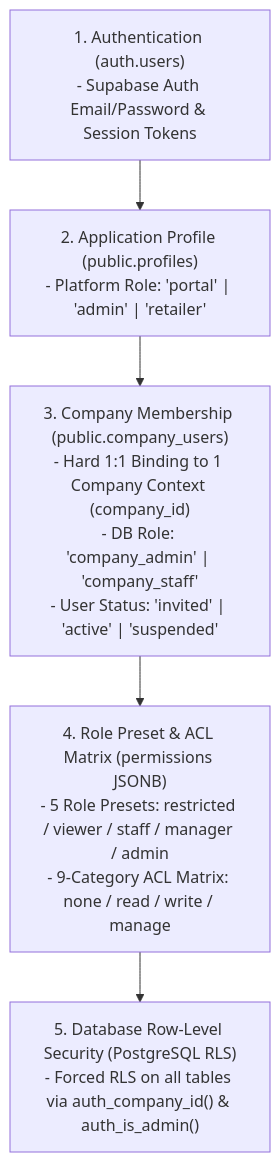
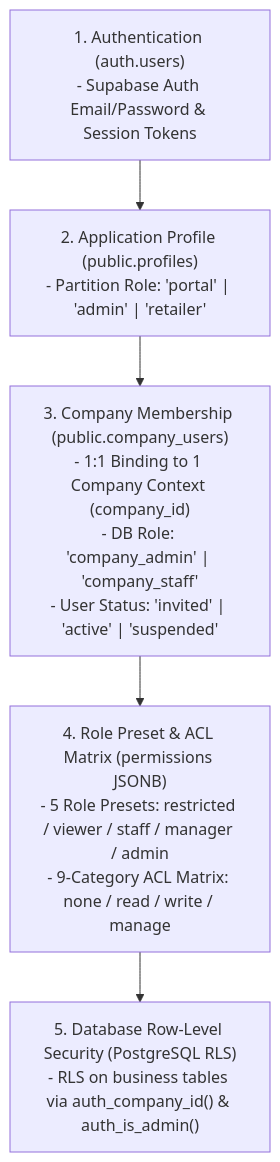
Before and after one commit to chaehahm-Kr/KBGP-Portal: the diagram in Manuals/MAN-B-PERM-001_Permissions-User-Management/01_SOURCE/MAN-B-PERM-001_Source_Collection_Report.md, drawn with Mermaid. The commit also changed other lines of this file and 3 other files, not shown here.

````diff
--- a/Manuals/MAN-B-PERM-001_Permissions-User-Management/01_SOURCE/MAN-B-PERM-001_Source_Collection_Report.md
+++ b/Manuals/MAN-B-PERM-001_Permissions-User-Management/01_SOURCE/MAN-B-PERM-001_Source_Collection_Report.md
@@ -38,7 +38,7 @@
 ```mermaid
 flowchart TD
-    L1["1. Authentication (auth.users)<br/>- Supabase Auth Email/Password & Session Tokens"] --> L2["2. Application Profile (public.profiles)<br/>- Platform Role: 'portal' | 'admin' | 'retailer'"]
-    L2 --> L3["3. Company Membership (public.company_users)<br/>- Hard 1:1 Binding to 1 Company Context (company_id)<br/>- DB Role: 'company_admin' | 'company_staff'<br/>- User Status: 'invited' | 'active' | 'suspended'"]
+    L1["1. Authentication (auth.users)<br/>- Supabase Auth Email/Password & Session Tokens"] --> L2["2. Application Profile (public.profiles)<br/>- Partition Role: 'portal' | 'admin' | 'retailer'"]
+    L2 --> L3["3. Company Membership (public.company_users)<br/>- 1:1 Binding to 1 Company Context (company_id)<br/>- DB Role: 'company_admin' | 'company_staff'<br/>- User Status: 'invited' | 'active' | 'suspended'"]
     L3 --> L4["4. Role Preset & ACL Matrix (permissions JSONB)<br/>- 5 Role Presets: restricted / viewer / staff / manager / admin<br/>- 9-Category ACL Matrix: none / read / write / manage"]
-    L4 --> L5["5. Database Row-Level Security (PostgreSQL RLS)<br/>- Forced RLS on all tables via auth_company_id() & auth_is_admin()"]
+    L4 --> L5["5. Database Row-Level Security (PostgreSQL RLS)<br/>- RLS on business tables via auth_company_id() & auth_is_admin()"]
 ```
````
